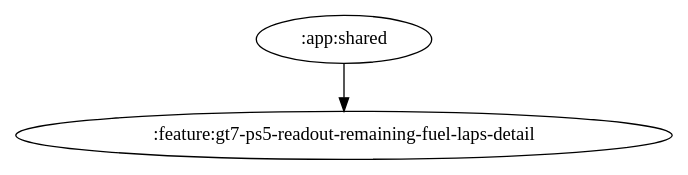
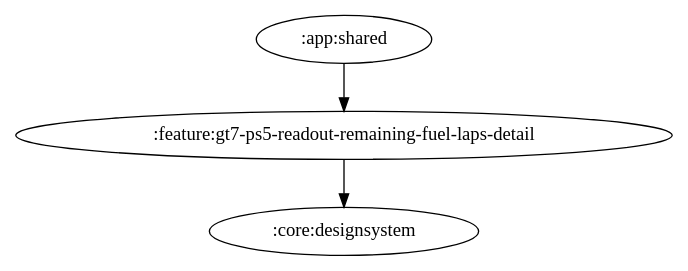
One commit to ai-kurou/KoDriver changed the diagram in docs/graphs/feature-gt7-ps5-readout-remaining-fuel-laps-detail.gv. Above: the diagram before and after it, drawn with Graphviz. The commit also changed 5 other files, not shown here.

Commit message:
chore: update module graph images

```diff
--- a/docs/graphs/feature-gt7-ps5-readout-remaining-fuel-laps-detail.gv
+++ b/docs/graphs/feature-gt7-ps5-readout-remaining-fuel-laps-detail.gv
@@ -1,4 +1,5 @@
 digraph G {
   rankdir=TB
   ":app:shared" -> ":feature:gt7-ps5-readout-remaining-fuel-laps-detail"
+  ":feature:gt7-ps5-readout-remaining-fuel-laps-detail" -> ":core:designsystem"
 }
```
